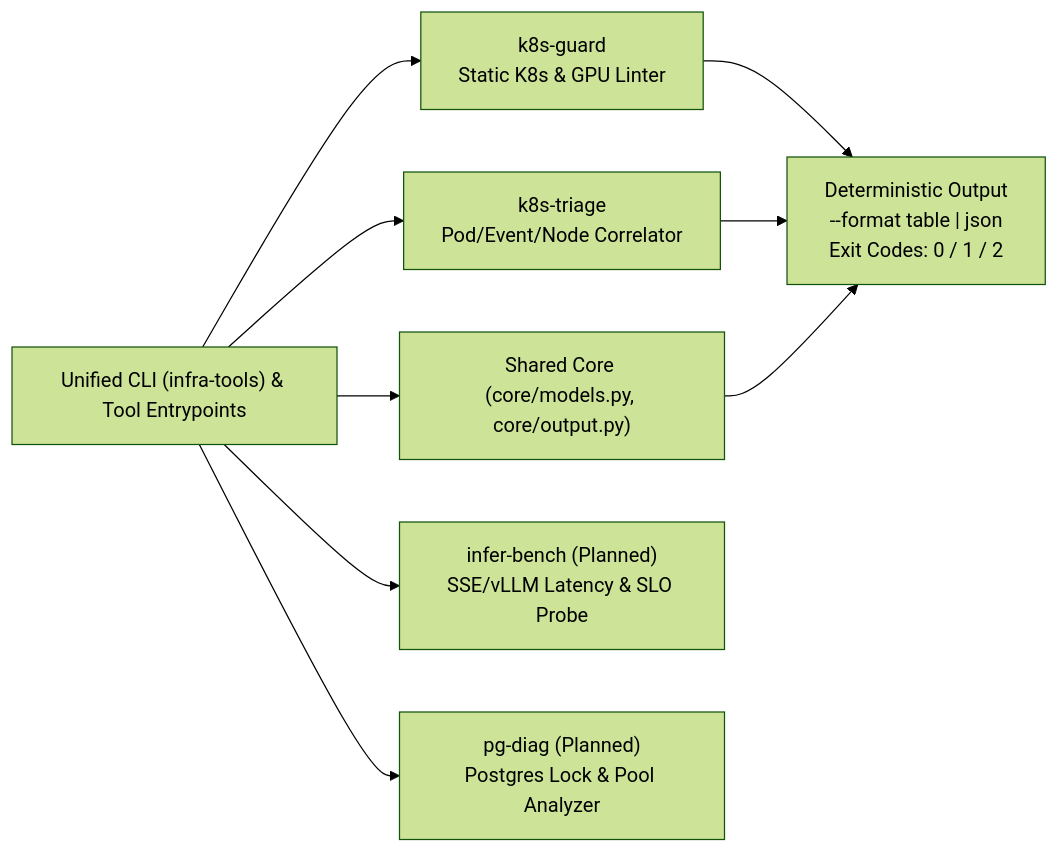
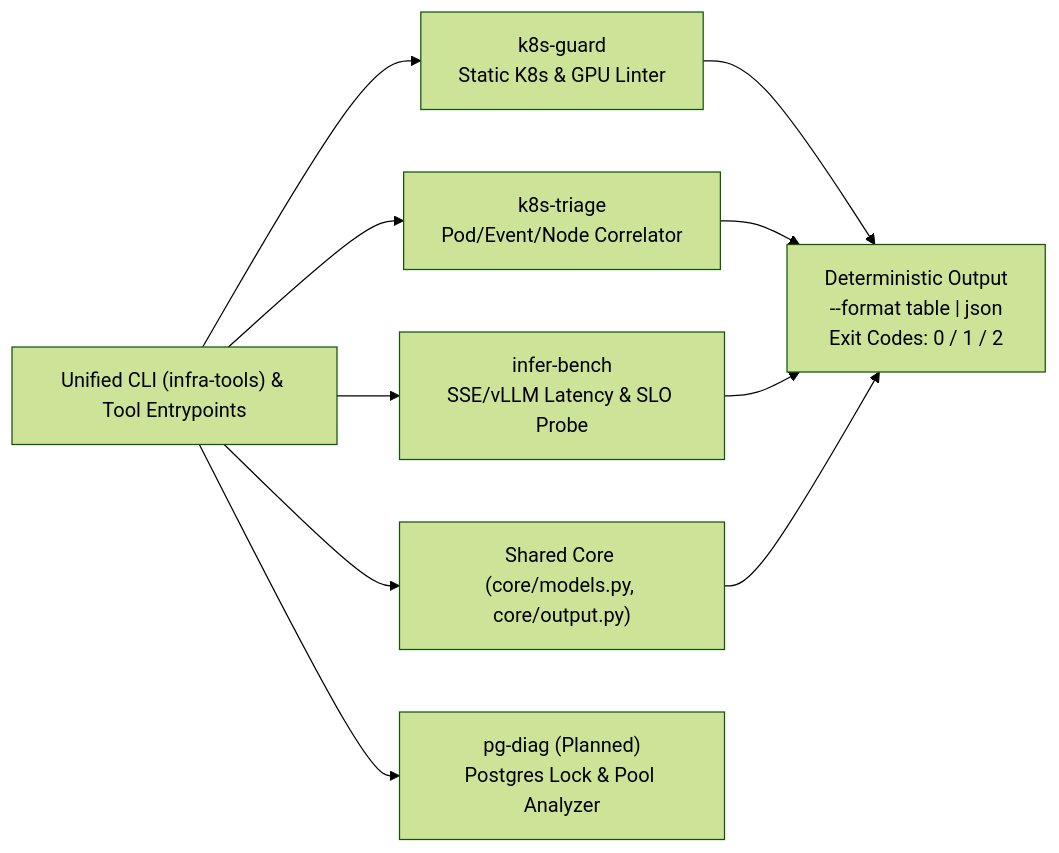
One commit to mohananarasimha/infrastructure-tools changed the diagram in README.md. Above: the diagram before and after it, drawn with Mermaid (forest theme). The commit also changed other lines of this file and 16 other files, not shown here.

First line of the commit message:
Add infer-bench streaming latency, throughput, and SLO analyzer (#5)

````diff
--- a/README.md
+++ b/README.md
@@ -7,12 +7,13 @@
 ```mermaid
 flowchart LR
     CLI["Unified CLI (infra-tools) & Tool Entrypoints"] --> CORE["Shared Core (core/models.py, core/output.py)"]
     CLI --> KG["k8s-guard\nStatic K8s & GPU Linter"]
     CLI --> KT["k8s-triage\nPod/Event/Node Correlator"]
-    CLI --> IB["infer-bench (Planned)\nSSE/vLLM Latency & SLO Probe"]
+    CLI --> IB["infer-bench\nSSE/vLLM Latency & SLO Probe"]
     CLI --> PG["pg-diag (Planned)\nPostgres Lock & Pool Analyzer"]
 
     KG --> OUT["Deterministic Output\n--format table | json\nExit Codes: 0 / 1 / 2"]
     KT --> OUT
+    IB --> OUT
     CORE --> OUT
 ```
````
